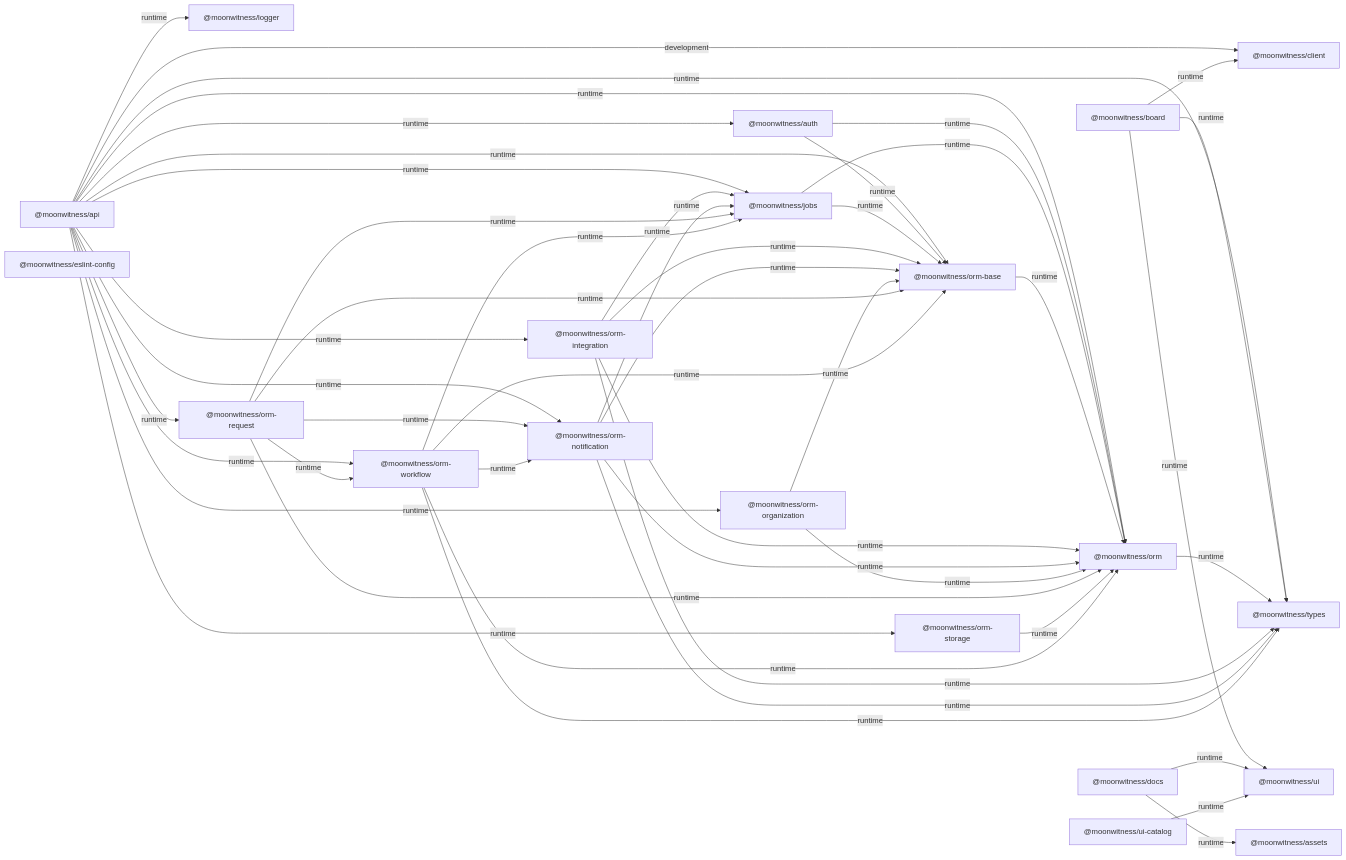
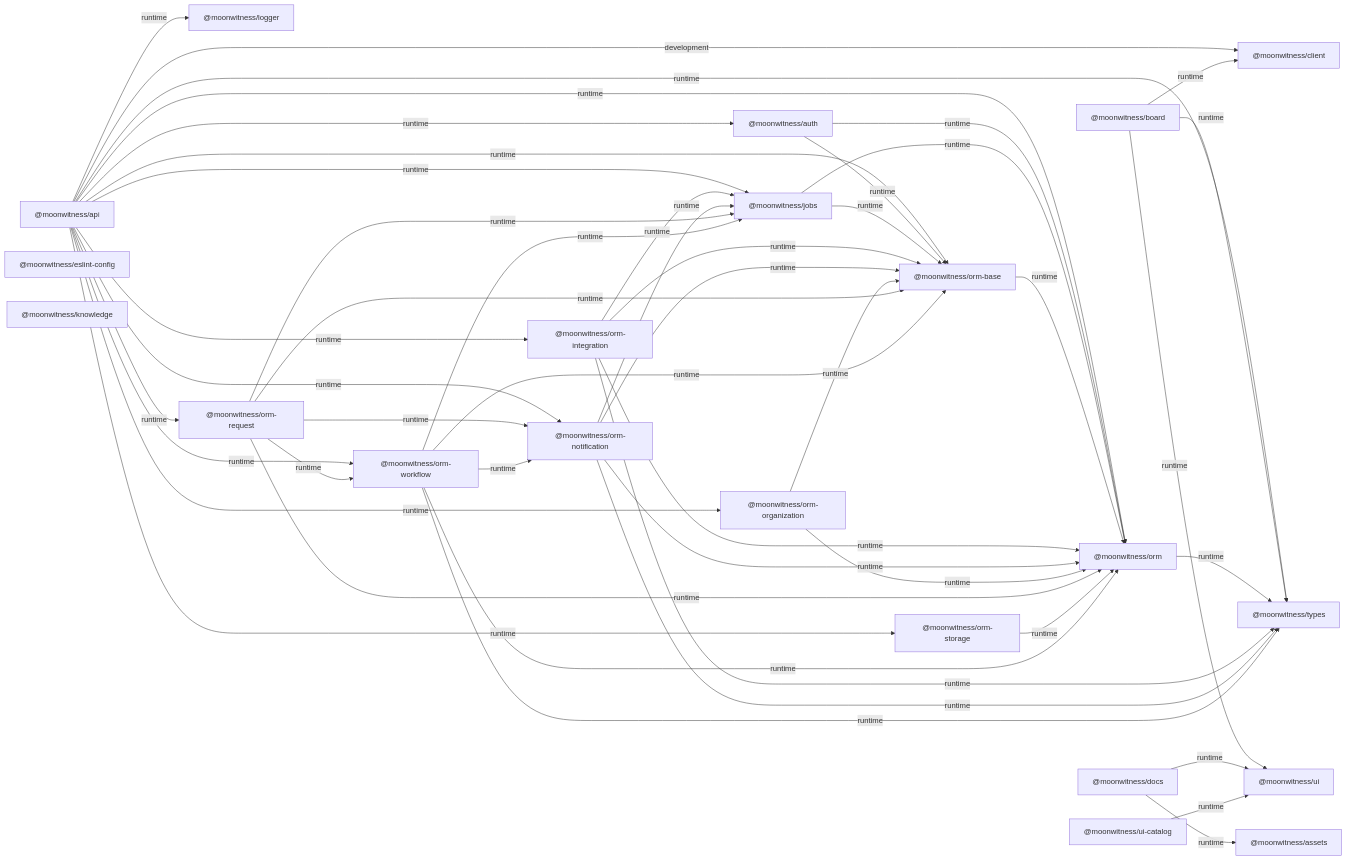
One commit to bjo163/moonwitness-xi changed the diagram in docs/architecture/diagrams/workspace-dependencies.mmd. Above: the diagram before and after it, drawn with Mermaid. The commit also changed 2 other files, not shown here.

Commit message:
docs(architecture): refresh workspace dependency diagram

```diff
--- a/docs/architecture/diagrams/workspace-dependencies.mmd
+++ b/docs/architecture/diagrams/workspace-dependencies.mmd
@@ -1,67 +1,68 @@
 flowchart LR
   pkg0["@moonwitness/api"]
   pkg1["@moonwitness/assets"]
   pkg2["@moonwitness/auth"]
   pkg3["@moonwitness/board"]
   pkg4["@moonwitness/client"]
   pkg5["@moonwitness/docs"]
   pkg6["@moonwitness/eslint-config"]
   pkg7["@moonwitness/jobs"]
-  pkg8["@moonwitness/logger"]
-  pkg9["@moonwitness/orm"]
-  pkg10["@moonwitness/orm-base"]
-  pkg11["@moonwitness/orm-integration"]
-  pkg12["@moonwitness/orm-notification"]
-  pkg13["@moonwitness/orm-organization"]
-  pkg14["@moonwitness/orm-request"]
-  pkg15["@moonwitness/orm-storage"]
-  pkg16["@moonwitness/orm-workflow"]
-  pkg17["@moonwitness/types"]
-  pkg18["@moonwitness/ui"]
-  pkg19["@moonwitness/ui-catalog"]
+  pkg8["@moonwitness/knowledge"]
+  pkg9["@moonwitness/logger"]
+  pkg10["@moonwitness/orm"]
+  pkg11["@moonwitness/orm-base"]
+  pkg12["@moonwitness/orm-integration"]
+  pkg13["@moonwitness/orm-notification"]
+  pkg14["@moonwitness/orm-organization"]
+  pkg15["@moonwitness/orm-request"]
+  pkg16["@moonwitness/orm-storage"]
+  pkg17["@moonwitness/orm-workflow"]
+  pkg18["@moonwitness/types"]
+  pkg19["@moonwitness/ui"]
+  pkg20["@moonwitness/ui-catalog"]
   pkg0 -->|development| pkg4
   pkg0 -->|runtime| pkg2
   pkg0 -->|runtime| pkg7
-  pkg0 -->|runtime| pkg8
   pkg0 -->|runtime| pkg9
   pkg0 -->|runtime| pkg10
   pkg0 -->|runtime| pkg11
   pkg0 -->|runtime| pkg12
   pkg0 -->|runtime| pkg13
   pkg0 -->|runtime| pkg14
   pkg0 -->|runtime| pkg15
   pkg0 -->|runtime| pkg16
   pkg0 -->|runtime| pkg17
-  pkg2 -->|runtime| pkg9
+  pkg0 -->|runtime| pkg18
   pkg2 -->|runtime| pkg10
+  pkg2 -->|runtime| pkg11
   pkg3 -->|runtime| pkg4
-  pkg3 -->|runtime| pkg17
   pkg3 -->|runtime| pkg18
+  pkg3 -->|runtime| pkg19
   pkg5 -->|runtime| pkg1
-  pkg5 -->|runtime| pkg18
-  pkg7 -->|runtime| pkg9
+  pkg5 -->|runtime| pkg19
   pkg7 -->|runtime| pkg10
-  pkg9 -->|runtime| pkg17
-  pkg10 -->|runtime| pkg9
-  pkg11 -->|runtime| pkg7
-  pkg11 -->|runtime| pkg9
+  pkg7 -->|runtime| pkg11
+  pkg10 -->|runtime| pkg18
   pkg11 -->|runtime| pkg10
-  pkg11 -->|runtime| pkg17
   pkg12 -->|runtime| pkg7
-  pkg12 -->|runtime| pkg9
   pkg12 -->|runtime| pkg10
-  pkg12 -->|runtime| pkg17
-  pkg13 -->|runtime| pkg9
+  pkg12 -->|runtime| pkg11
+  pkg12 -->|runtime| pkg18
+  pkg13 -->|runtime| pkg7
   pkg13 -->|runtime| pkg10
-  pkg14 -->|runtime| pkg7
-  pkg14 -->|runtime| pkg9
+  pkg13 -->|runtime| pkg11
+  pkg13 -->|runtime| pkg18
   pkg14 -->|runtime| pkg10
-  pkg14 -->|runtime| pkg12
-  pkg14 -->|runtime| pkg16
-  pkg15 -->|runtime| pkg9
-  pkg16 -->|runtime| pkg7
-  pkg16 -->|runtime| pkg9
+  pkg14 -->|runtime| pkg11
+  pkg15 -->|runtime| pkg7
+  pkg15 -->|runtime| pkg10
+  pkg15 -->|runtime| pkg11
+  pkg15 -->|runtime| pkg13
+  pkg15 -->|runtime| pkg17
   pkg16 -->|runtime| pkg10
-  pkg16 -->|runtime| pkg12
-  pkg16 -->|runtime| pkg17
-  pkg19 -->|runtime| pkg18
+  pkg17 -->|runtime| pkg7
+  pkg17 -->|runtime| pkg10
+  pkg17 -->|runtime| pkg11
+  pkg17 -->|runtime| pkg13
+  pkg17 -->|runtime| pkg18
+  pkg20 -->|runtime| pkg19
```
